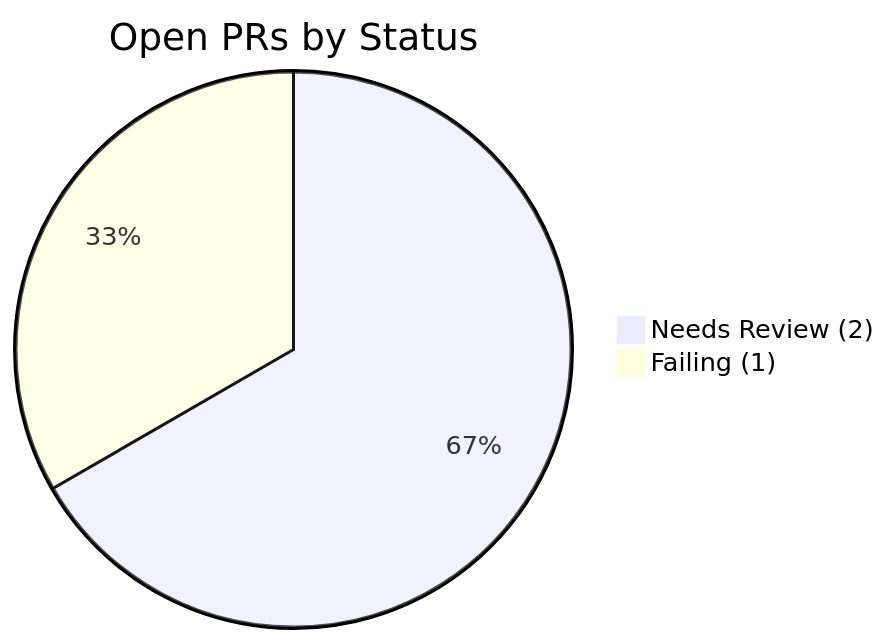
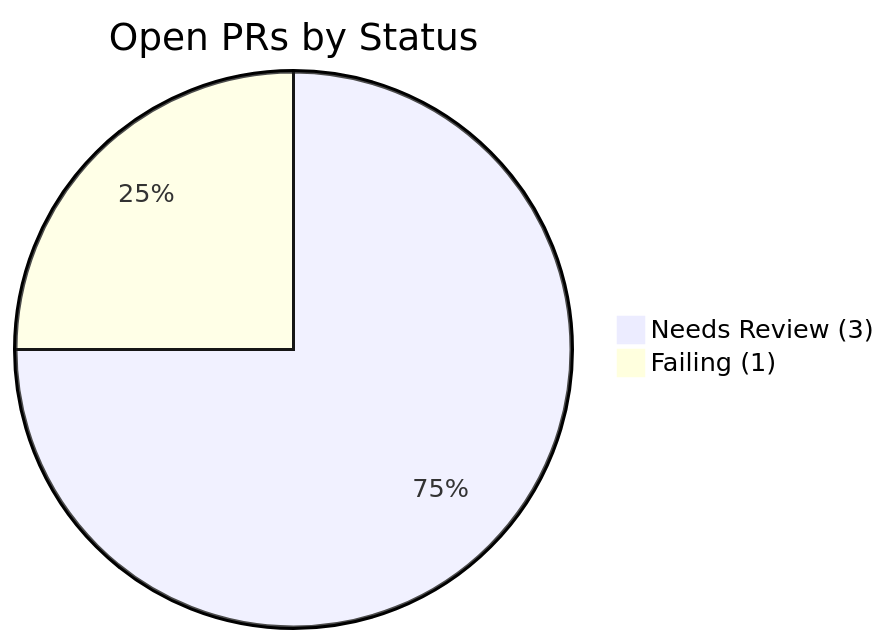
The first of 4 diagrams in docs/tracker.md (Nitsur10/invoice-dashboard-deploy), drawn with Mermaid before and after one commit. The commit also changed other lines of this file and 1 other file, not shown here.

````diff
--- a/docs/tracker.md
+++ b/docs/tracker.md
@@ -18,10 +18,10 @@
 ```mermaid
 pie title Open PRs by Status
     
-    "Needs Review (2)" : 2
+    "Needs Review (3)" : 3
     "Failing (1)" : 1
     
     
     
     
 ```
````
